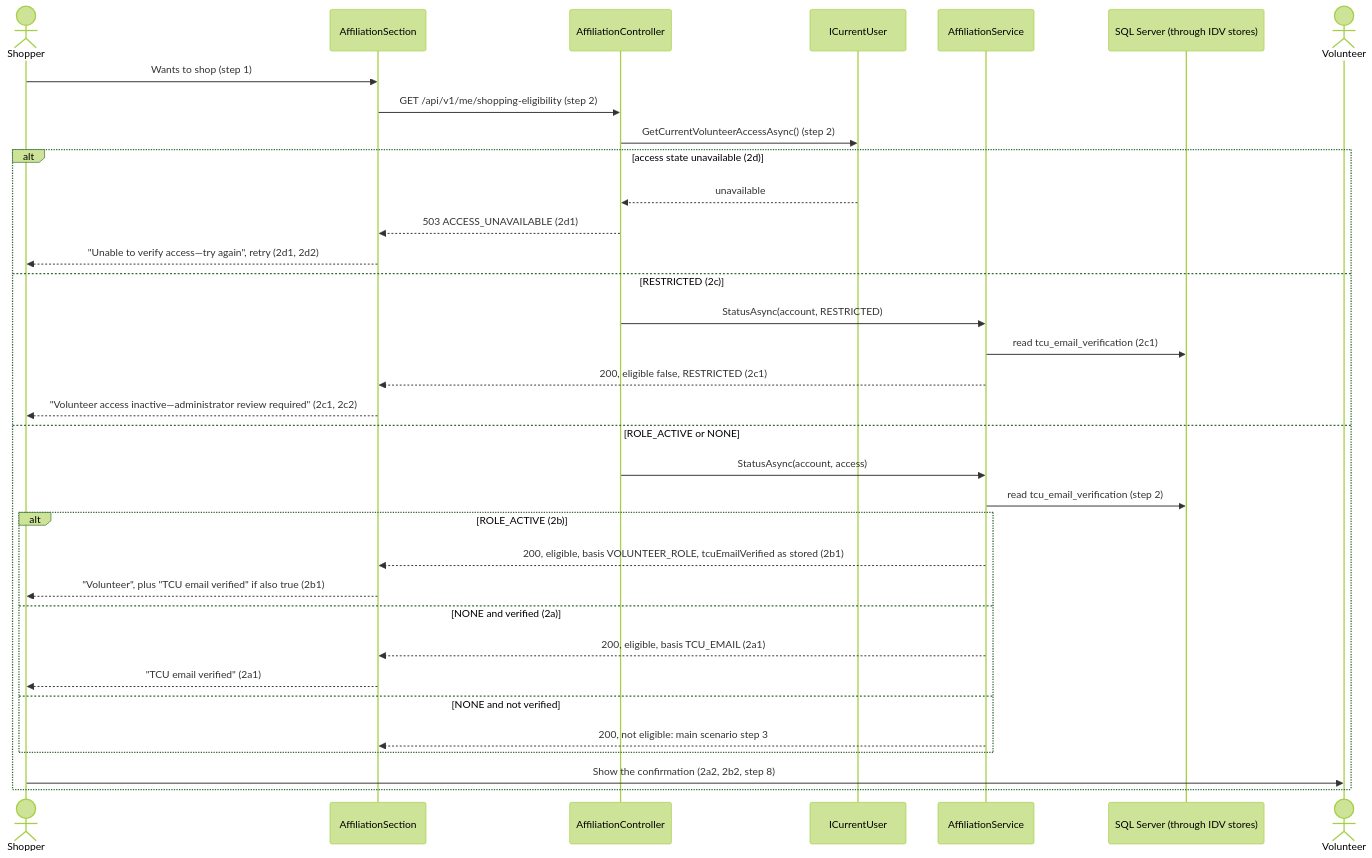
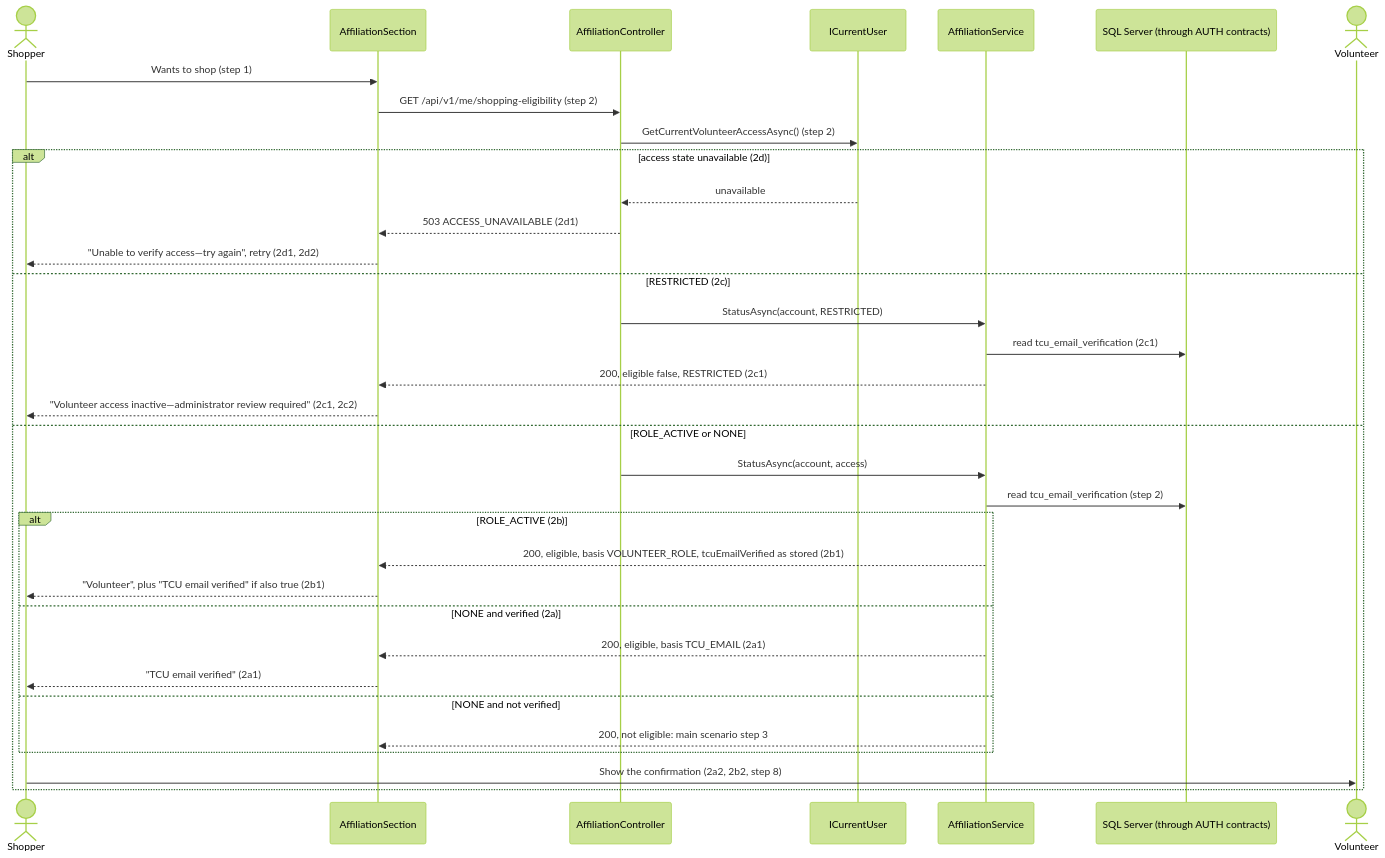
One commit to evelyntrann/cosc-40943-team-3-refrog changed the third of 3 diagrams in docs/design/IDV.md. Above: the diagram before and after it, drawn with Mermaid (forest theme). The commit also changed other lines of this file and 22 other files, not shown here.

````diff
--- a/docs/design/IDV.md
+++ b/docs/design/IDV.md
@@ -179,36 +156,36 @@
 ```mermaid
 sequenceDiagram
     actor S as Shopper
     participant UI as AffiliationSection
     participant C as AffiliationController
     participant CU as ICurrentUser
     participant SV as AffiliationService
-    participant DB as SQL Server (through IDV stores)
+    participant DB as SQL Server (through AUTH contracts)
     actor V as Volunteer
     S->>UI: Wants to shop (step 1)
     UI->>C: GET /api/v1/me/shopping-eligibility (step 2)
     C->>CU: GetCurrentVolunteerAccessAsync() (step 2)
     alt access state unavailable (2d)
         CU-->>C: unavailable
         C-->>UI: 503 ACCESS_UNAVAILABLE (2d1)
         UI-->>S: "Unable to verify access—try again", retry (2d1, 2d2)
     else RESTRICTED (2c)
         C->>SV: StatusAsync(account, RESTRICTED)
         SV->>DB: read tcu_email_verification (2c1)
         SV-->>UI: 200, eligible false, RESTRICTED (2c1)
         UI-->>S: "Volunteer access inactive—administrator review required" (2c1, 2c2)
     else ROLE_ACTIVE or NONE
         C->>SV: StatusAsync(account, access)
         SV->>DB: read tcu_email_verification (step 2)
         alt ROLE_ACTIVE (2b)
             SV-->>UI: 200, eligible, basis VOLUNTEER_ROLE, tcuEmailVerified as stored (2b1)
             UI-->>S: "Volunteer", plus "TCU email verified" if also true (2b1)
         else NONE and verified (2a)
             SV-->>UI: 200, eligible, basis TCU_EMAIL (2a1)
             UI-->>S: "TCU email verified" (2a1)
         else NONE and not verified
             SV-->>UI: 200, not eligible: main scenario step 3
         end
         S->>V: Show the confirmation (2a2, 2b2, step 8)
     end
 ```
````
